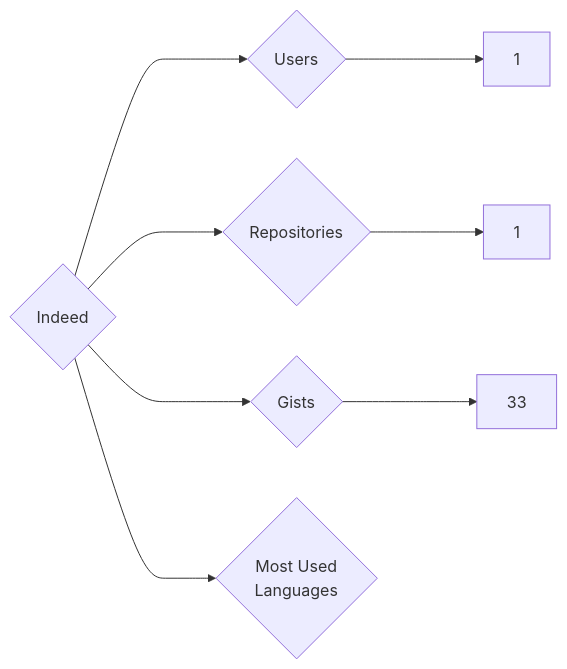
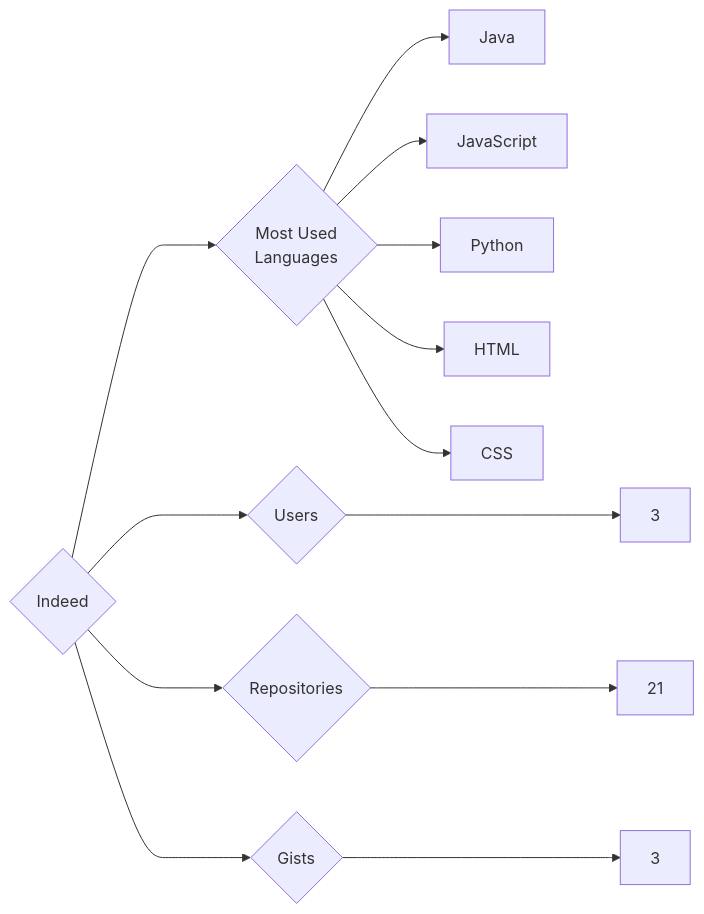
Before and after one commit to trickest/insiders: the diagram in targets/Indeed/README.md, drawn with Mermaid. The commit also changed 880 other files, not shown here.

````diff
--- a/targets/Indeed/README.md
+++ b/targets/Indeed/README.md
@@ -3,8 +3,13 @@
 ```mermaid
 graph LR
 COMPANY_NAME{Indeed}
-COMPANY_NAME ---> U{Users} ---> UN[1]
-COMPANY_NAME ---> R{Repositories} ---> RN[1]
-COMPANY_NAME ---> G{Gists} ---> GN[33]
+COMPANY_NAME ---> U{Users} ---> UN[3]
+COMPANY_NAME ---> R{Repositories} ---> RN[21]
+COMPANY_NAME ---> G{Gists} ---> GN[3]
 COMPANY_NAME ---> ML{Most Used<br>Languages}
+ML --> Java[Java]
+ML --> JavaScript[JavaScript]
+ML --> Python[Python]
+ML --> HTML[HTML]
+ML --> CSS[CSS]
 ```
````
